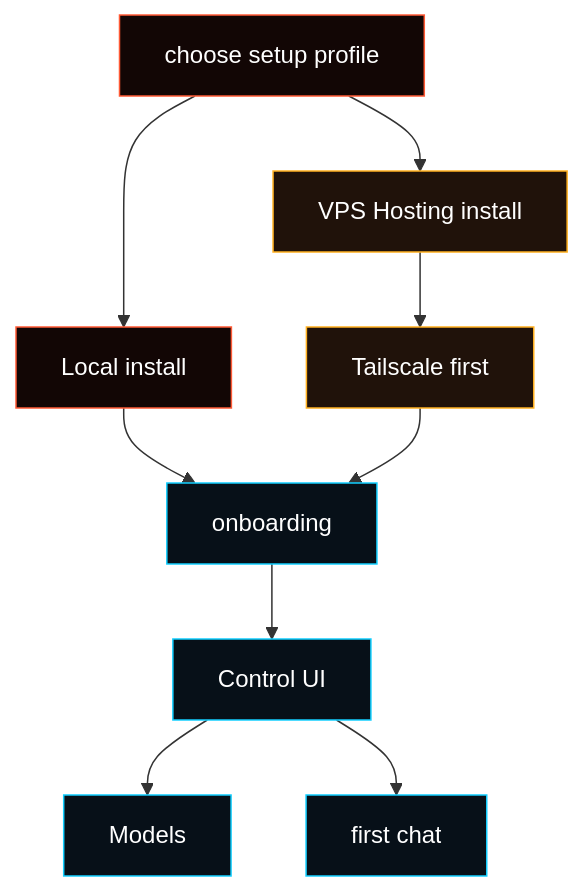
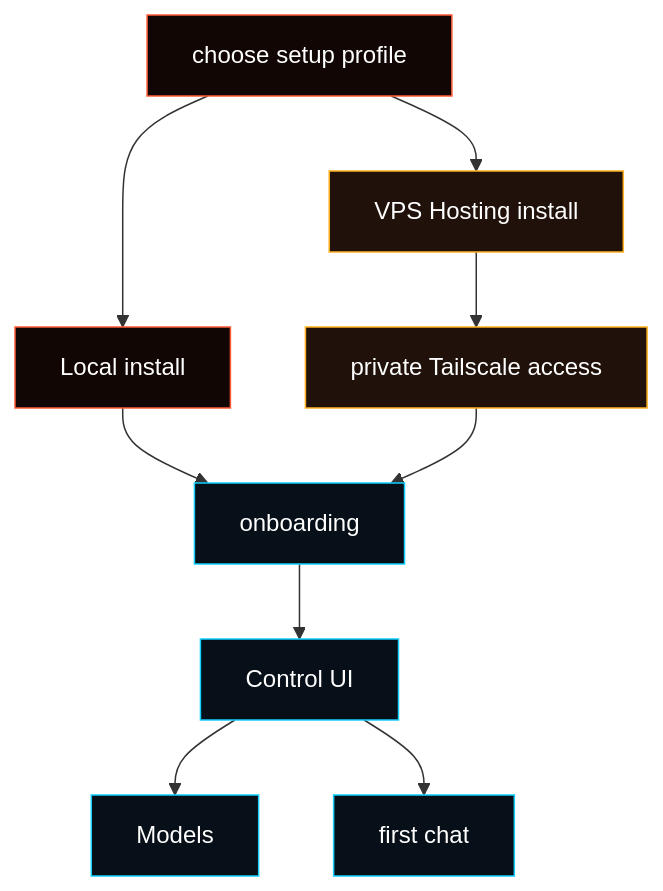
The diagram in docs/install/index.md (fased-ai/fased), drawn with Mermaid before and after one commit. The commit also changed other lines of this file and 5 other files, not shown here.

````diff
--- a/docs/install/index.md
+++ b/docs/install/index.md
@@ -16,18 +16,18 @@
 ```mermaid
 flowchart TD
   choose["choose setup profile"] --> local["Local install"]
   choose --> hosting["VPS Hosting install"]
   local --> onboard["onboarding"]
-  hosting --> private["Tailscale first"]
+  hosting --> private["private Tailscale access"]
   private --> onboard
   onboard --> ui["Control UI"]
   ui --> models["Models"]
   ui --> chat["first chat"]
 
   classDef root fill:#120605,stroke:#ff5a36,color:#ffffff;
   classDef run fill:#071018,stroke:#12cfff,color:#ffffff;
   classDef host fill:#20120a,stroke:#ffb020,color:#ffffff;
   class choose,local root;
   class onboard,ui,models,chat run;
   class hosting,private host;
 ```
````
